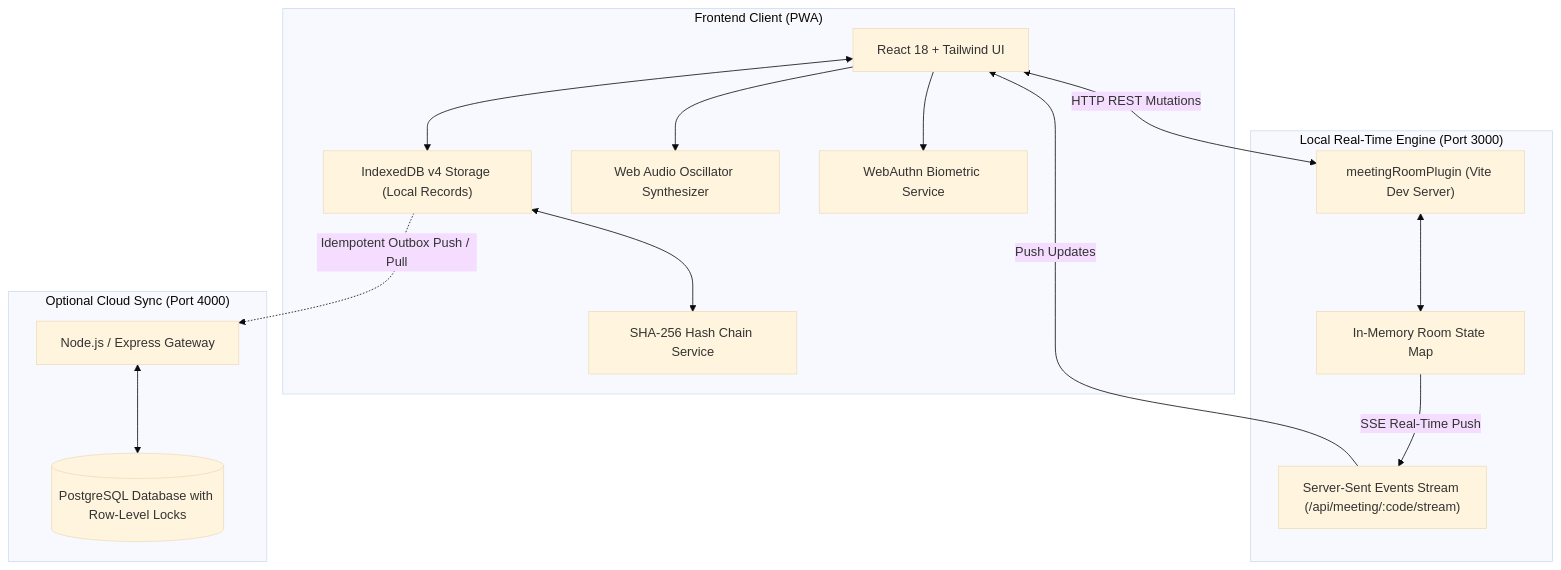
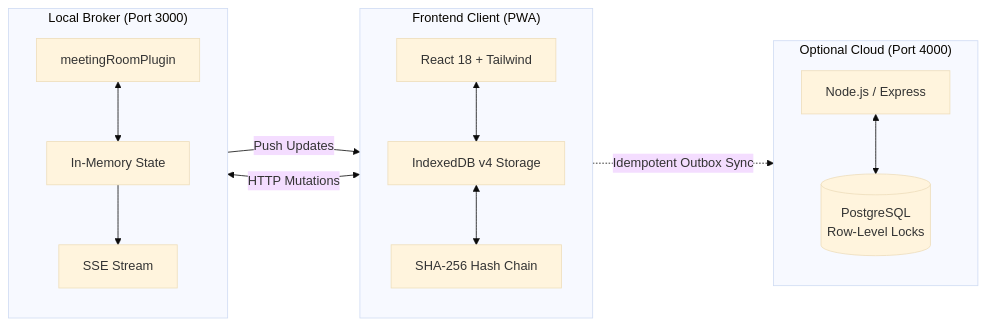
Before and after one commit to AayushRahate07/shg-connect: the fourth of 4 diagrams in README.md, drawn with Mermaid (base theme). The commit also changed other lines of this file, not shown here.

````diff
--- a/README.md
+++ b/README.md
@@ -188,34 +176,30 @@
 ```mermaid
-flowchart TD
-    subgraph ClientLayer["Frontend Client (PWA)"]
-        ReactUI["React 18 + Tailwind UI"]
-        IDBStorage["IndexedDB v4 Storage (Local Records)"]
-        HashChain["SHA-256 Hash Chain Service"]
-        AudioSynthesizer["Web Audio Oscillator Synthesizer"]
-        BioAuth["WebAuthn Biometric Service"]
+flowchart LR
+    subgraph Client["Frontend Client (PWA)"]
+        direction TB
+        ReactUI["React 18 + Tailwind"]
+        IDBStorage["IndexedDB v4 Storage"]
+        HashChain["SHA-256 Hash Chain"]
+        ReactUI <--> IDBStorage
+        IDBStorage <--> HashChain
     end
 
-    subgraph BrokerLayer["Local Real-Time Engine (Port 3000)"]
-        VitePlugin["meetingRoomPlugin (Vite Dev Server)"]
-        SSEStream["Server-Sent Events Stream (/api/meeting/:code/stream)"]
-        InMemStore["In-Memory Room State Map"]
+    subgraph LocalEngine["Local Broker (Port 3000)"]
+        direction TB
+        VitePlugin["meetingRoomPlugin"]
+        InMemStore["In-Memory State"]
+        SSEStream["SSE Stream"]
+        VitePlugin <--> InMemStore --> SSEStream
     end
 
-    subgraph SyncLayer["Optional Cloud Sync (Port 4000)"]
-        ExpressServer["Node.js / Express Gateway"]
-        PostgresDB[(PostgreSQL Database with Row-Level Locks)]
+    subgraph CloudSync["Optional Cloud (Port 4000)"]
+        direction TB
+        ExpressServer["Node.js / Express"]
+        PostgresDB[("PostgreSQL<br/>Row-Level Locks")]
+        ExpressServer <--> PostgresDB
     end
 
-    ReactUI <--> IDBStorage
-    IDBStorage <--> HashChain
-    ReactUI --> AudioSynthesizer
-    ReactUI --> BioAuth
-
-    ReactUI <-->|HTTP REST Mutations| VitePlugin
-    VitePlugin <--> InMemStore
-    InMemStore -->|SSE Real-Time Push| SSEStream
+    ReactUI <-->|HTTP Mutations| VitePlugin
     SSEStream -->|Push Updates| ReactUI
-
-    IDBStorage -.->|Idempotent Outbox Push / Pull| ExpressServer
-    ExpressServer <--> PostgresDB
+    IDBStorage -.->|Idempotent Outbox Sync| ExpressServer
 ```
````
